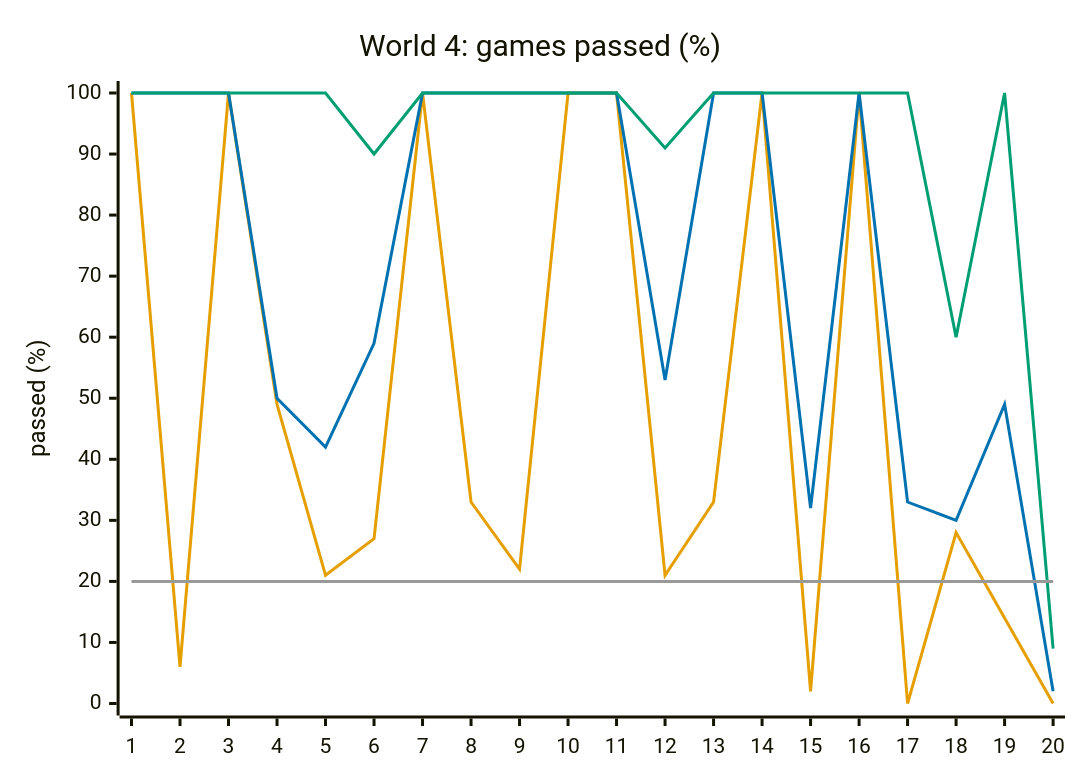
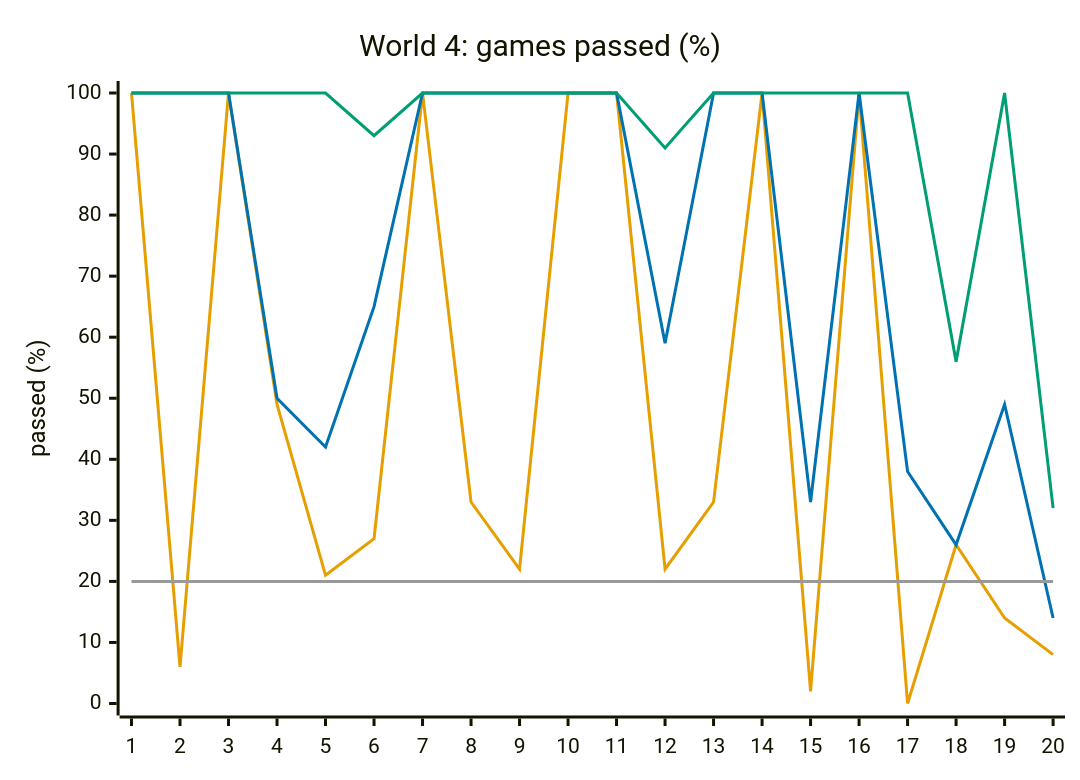
The seventh of 8 diagrams in docs/design/difficulty.md (Pavelya/dots), drawn with Mermaid before and after one commit. The commit also changed other lines of this file and 10 other files, not shown here.

````diff
--- a/docs/design/difficulty.md
+++ b/docs/design/difficulty.md
@@ -235,11 +247,11 @@
 ```mermaid
 %%{init: {"themeVariables": {"xyChart": {"plotColorPalette": "#E69F00, #0072B2, #009E73, #999999"}}}}%%
 xychart-beta
     title "World 4: games passed (%)"
     x-axis ["1", "2", "3", "4", "5", "6", "7", "8", "9", "10", "11", "12", "13", "14", "15", "16", "17", "18", "19", "20"]
     y-axis "passed (%)" 0 --> 100
-    line [100, 6, 100, 49, 21, 27, 100, 33, 22, 100, 100, 21, 33, 100, 2, 100, 0, 28, 14, 0]
-    line [100, 100, 100, 50, 42, 59, 100, 100, 100, 100, 100, 53, 100, 100, 32, 100, 33, 30, 49, 2]
-    line [100, 100, 100, 100, 100, 90, 100, 100, 100, 100, 100, 91, 100, 100, 100, 100, 100, 60, 100, 9]
+    line [100, 6, 100, 49, 21, 27, 100, 33, 22, 100, 100, 22, 33, 100, 2, 100, 0, 26, 14, 8]
+    line [100, 100, 100, 50, 42, 65, 100, 100, 100, 100, 100, 59, 100, 100, 33, 100, 38, 26, 49, 14]
+    line [100, 100, 100, 100, 100, 93, 100, 100, 100, 100, 100, 91, 100, 100, 100, 100, 100, 56, 100, 32]
     line [20, 20, 20, 20, 20, 20, 20, 20, 20, 20, 20, 20, 20, 20, 20, 20, 20, 20, 20, 20]
 ```
````
